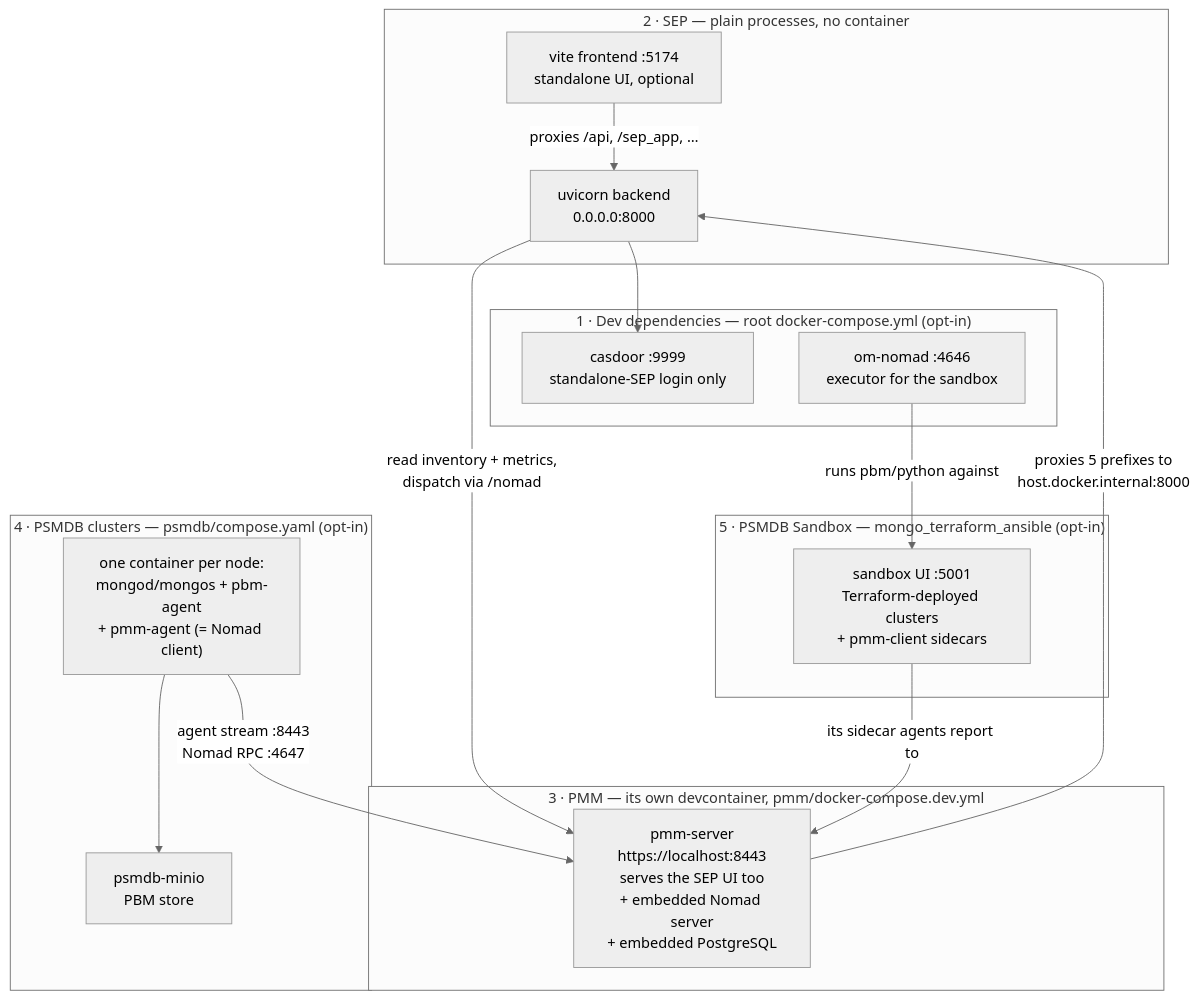
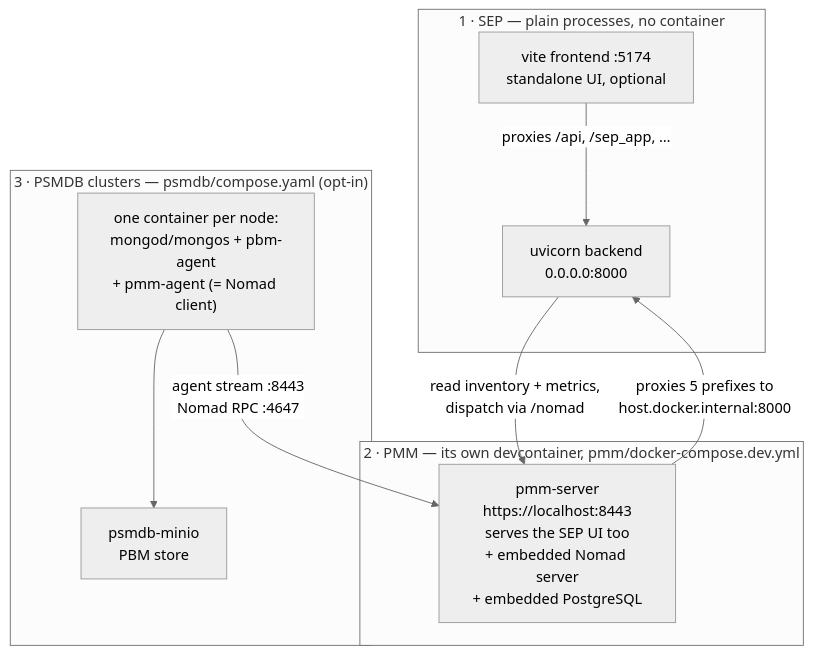
Before and after one commit to Percona-Lab/pom-workspace: the second of 11 diagrams in docs/topology.md, drawn with Mermaid (neutral theme). The commit also changed other lines of this file and 18 other files, not shown here.

````diff
--- a/docs/topology.md
+++ b/docs/topology.md
@@ -110,34 +109,22 @@
 ```mermaid
 flowchart TB
-    subgraph S2["2 · SEP — plain processes, no container"]
+    subgraph S1["1 · SEP — plain processes, no container"]
         BE["uvicorn backend<br/>0.0.0.0:8000"]
         FE["vite frontend :5174<br/>standalone UI, optional"]
         FE -->|"proxies /api, /sep_app, …"| BE
     end
 
-    subgraph S3["3 · PMM — its own devcontainer, pmm/docker-compose.dev.yml"]
+    subgraph S2["2 · PMM — its own devcontainer, pmm/docker-compose.dev.yml"]
         PMMC["pmm-server<br/>https://localhost:8443<br/>serves the SEP UI too<br/>+ embedded Nomad server<br/>+ embedded PostgreSQL"]
     end
 
-    subgraph S4["4 · PSMDB clusters — psmdb/compose.yaml (opt-in)"]
+    subgraph S3["3 · PSMDB clusters — psmdb/compose.yaml (opt-in)"]
         N1["one container per node:<br/>mongod/mongos + pbm-agent<br/>+ pmm-agent (= Nomad client)"]
         MIO["psmdb-minio<br/>PBM store"]
     end
 
-    subgraph S1["1 · Dev dependencies — root docker-compose.yml (opt-in)"]
-        CAS["casdoor :9999<br/>standalone-SEP login only"]
-        NOM["om-nomad :4646<br/>executor for the sandbox"]
-    end
-
-    subgraph S5["5 · PSMDB Sandbox — mongo_terraform_ansible (opt-in)"]
-        SB["sandbox UI :5001<br/>Terraform-deployed clusters<br/>+ pmm-client sidecars"]
-    end
-
     PMMC -->|"proxies 5 prefixes to<br/>host.docker.internal:8000"| BE
     BE -->|"read inventory + metrics,<br/>dispatch via /nomad"| PMMC
-    BE --> CAS
     N1 -->|"agent stream :8443<br/>Nomad RPC :4647"| PMMC
     N1 --> MIO
-    NOM -->|"runs pbm/python against"| SB
-    SB -->|"its sidecar agents report to"| PMMC
 ```
````
